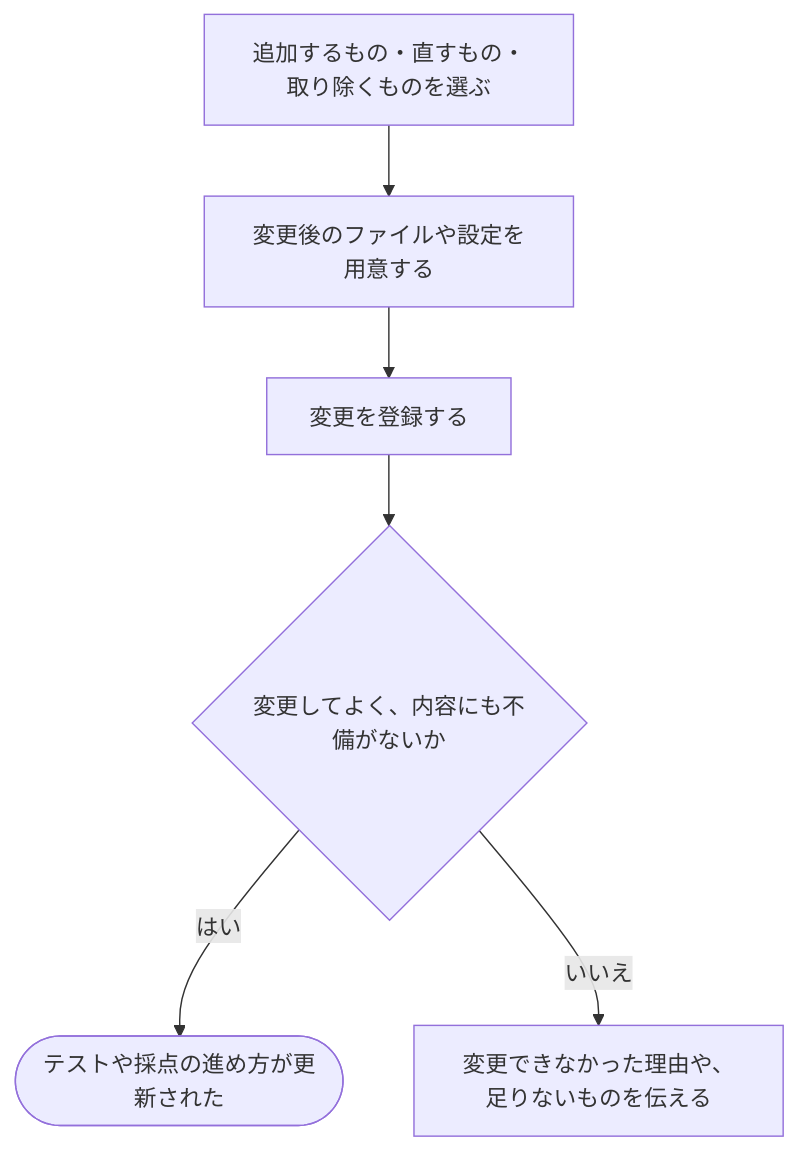
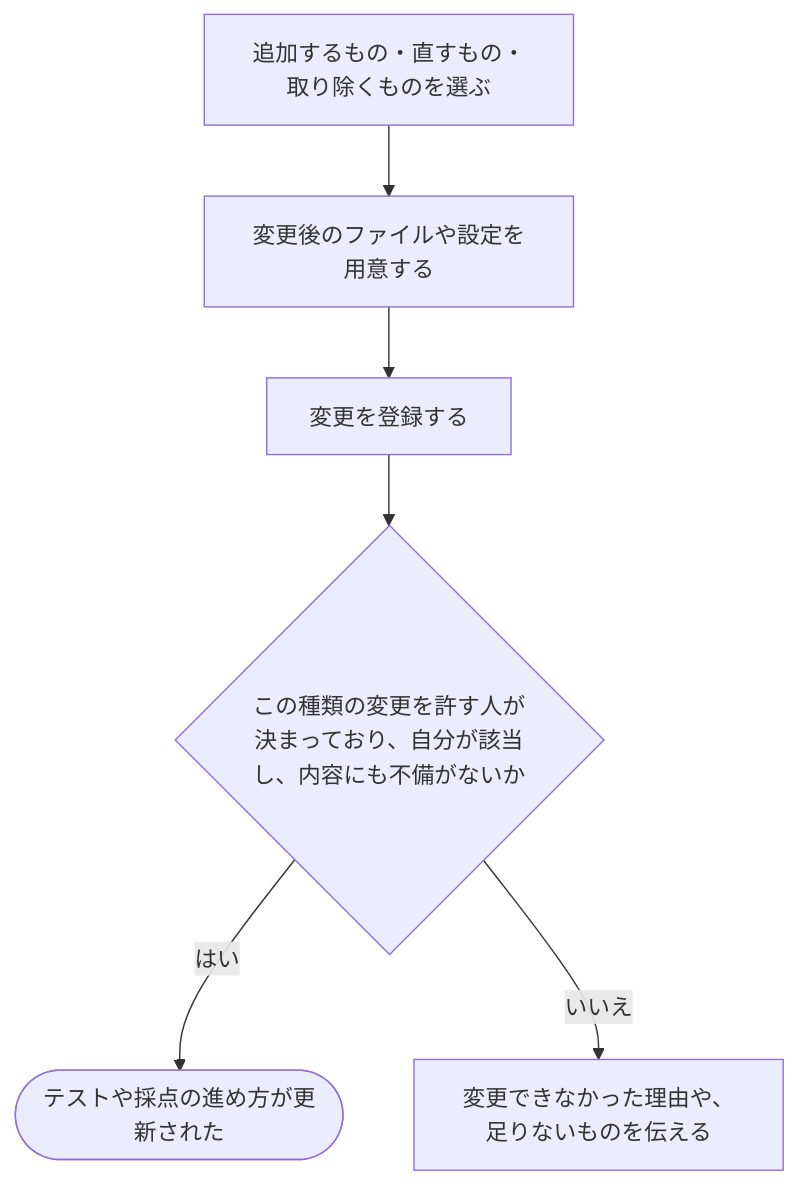
One commit to traP-jp/traOJudge changed the diagram in docs/requirements/scenarios/problems/edit-tests-and-judging.md. Above: the diagram before and after it, drawn with Mermaid. The commit also changed other lines of this file and 58 other files, not shown here.

````diff
--- a/docs/requirements/scenarios/problems/edit-tests-and-judging.md
+++ b/docs/requirements/scenarios/problems/edit-tests-and-judging.md
@@ -15,8 +28,8 @@
 ```mermaid
 flowchart TD
     A["追加するもの・直すもの・取り除くものを選ぶ"] --> B["変更後のファイルや設定を用意する"]
     B --> C["変更を登録する"]
-    C --> D{"変更してよく、内容にも不備がないか"}
+    C --> D{"この種類の変更を許す人が決まっており、自分が該当し、内容にも不備がないか"}
     D -->|はい| E(["テストや採点の進め方が更新された"])
     D -->|いいえ| F["変更できなかった理由や、足りないものを伝える"]
 ```
````
